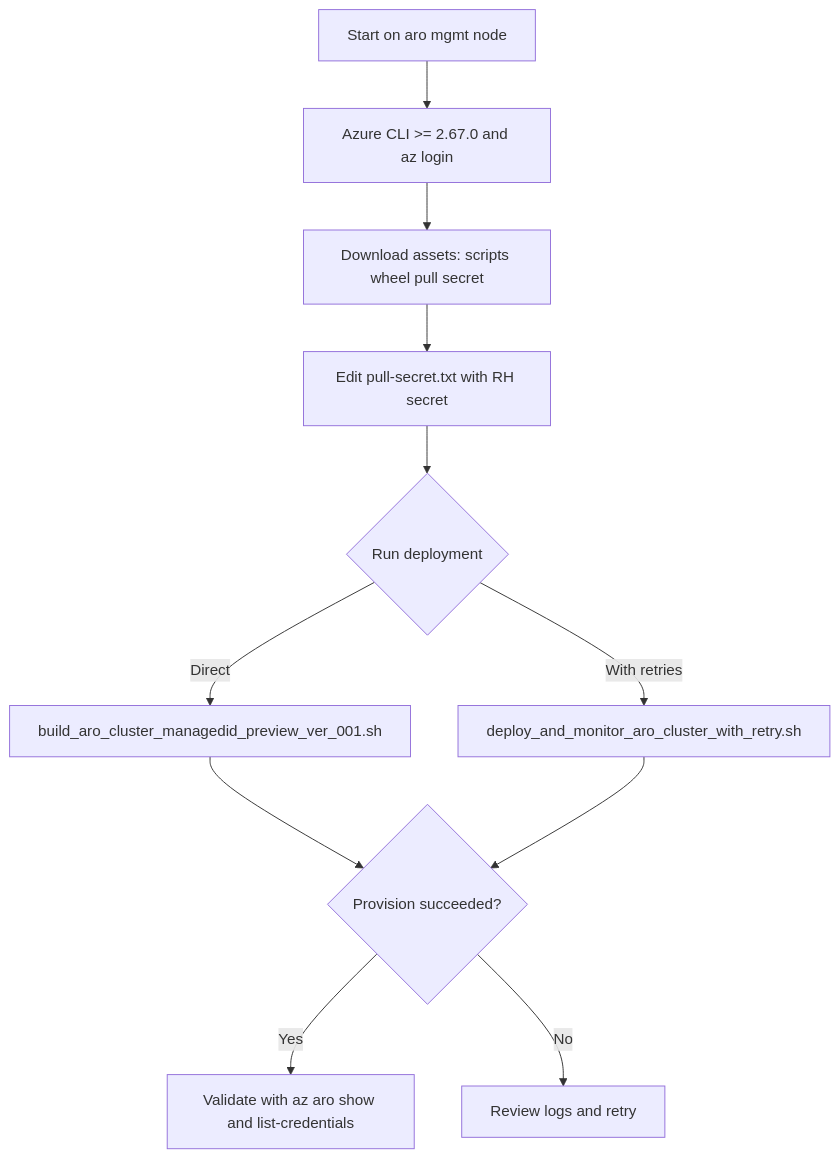
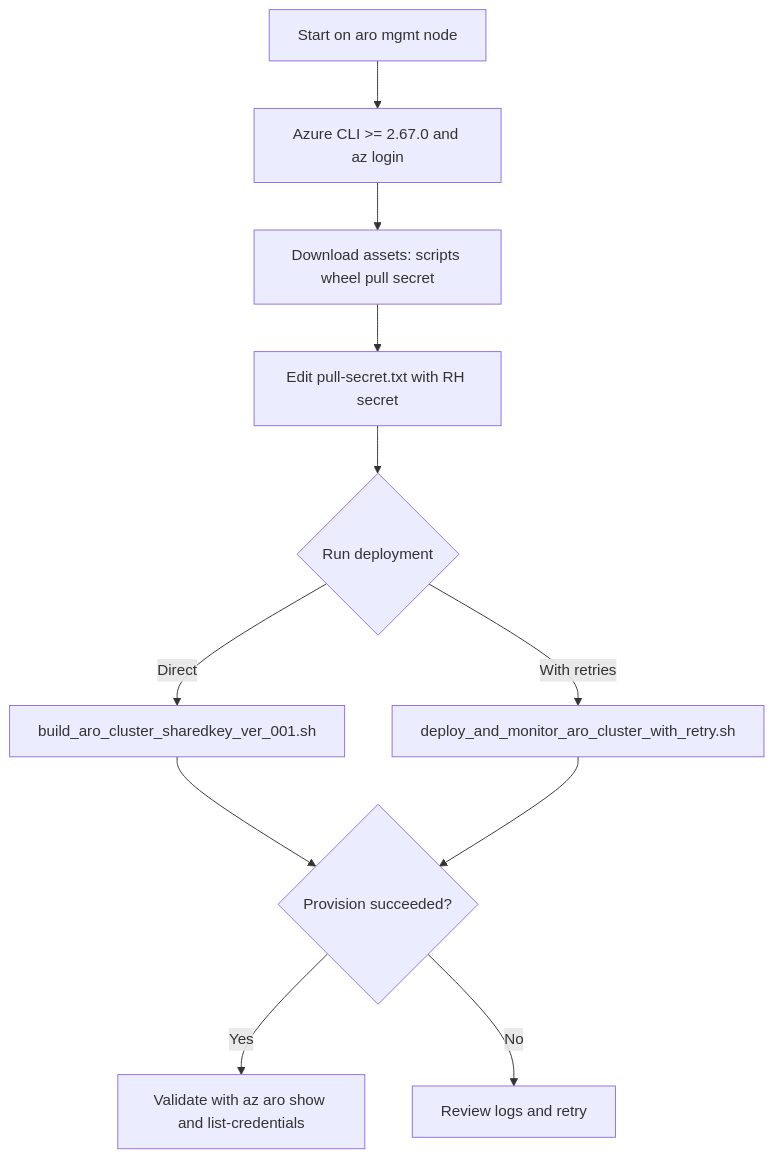
One commit to heisthesisko/Azure_RedHat_OpenShift_Virtualization changed the third of 3 diagrams in Module-01-deploy-aro-cluster-shared-access-key.md. Above: the diagram before and after it, drawn with Mermaid. The commit also changed other lines of this file, not shown here.

````diff
--- a/Module-01-deploy-aro-cluster-shared-access-key.md
+++ b/Module-01-deploy-aro-cluster-shared-access-key.md
@@ -173,13 +171,13 @@
 ```mermaid
 flowchart TD
   A[Start on aro mgmt node] --> B[Azure CLI >= 2.67.0 and az login]
   B --> C[Download assets: scripts wheel pull secret]
   C --> D[Edit pull-secret.txt with RH secret]
   D --> E{Run deployment}
-  E -->|Direct| F[build_aro_cluster_managedid_preview_ver_001.sh]
+  E -->|Direct| F[build_aro_cluster_sharedkey_ver_001.sh]
   E -->|With retries| G[deploy_and_monitor_aro_cluster_with_retry.sh]
   F --> H{Provision succeeded?}
   G --> H
   H -->|Yes| I[Validate with az aro show and list-credentials]
   H -->|No| J[Review logs and retry]
 ```
````
